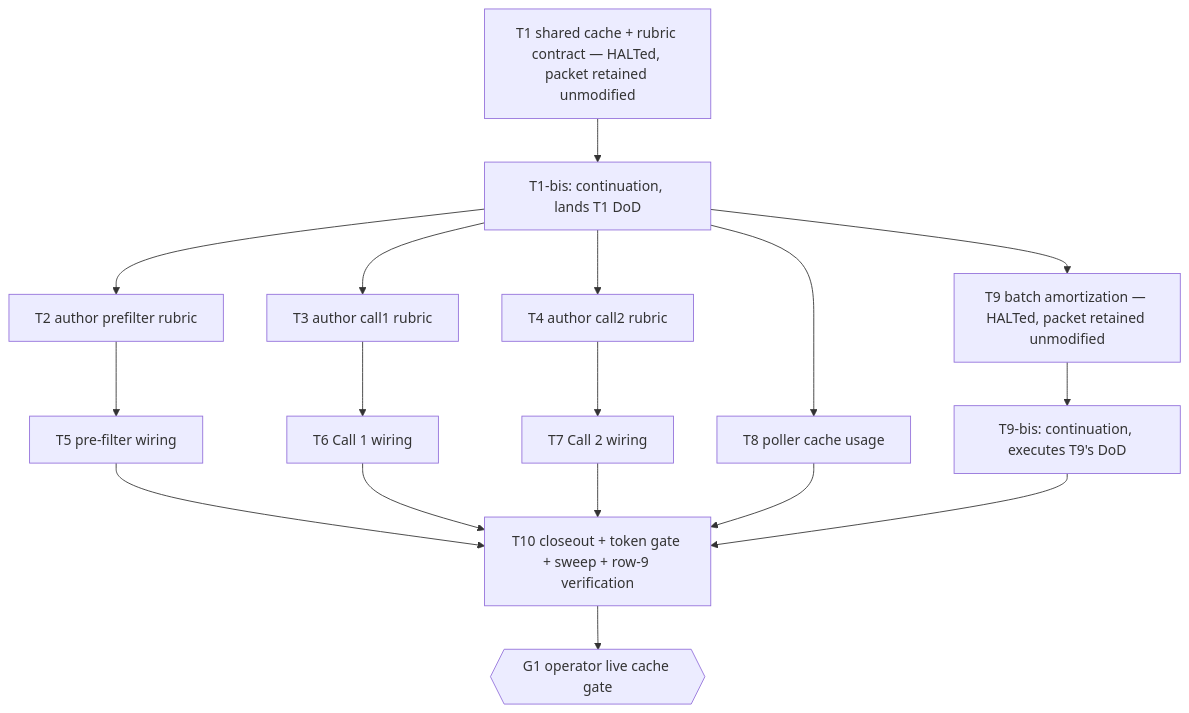
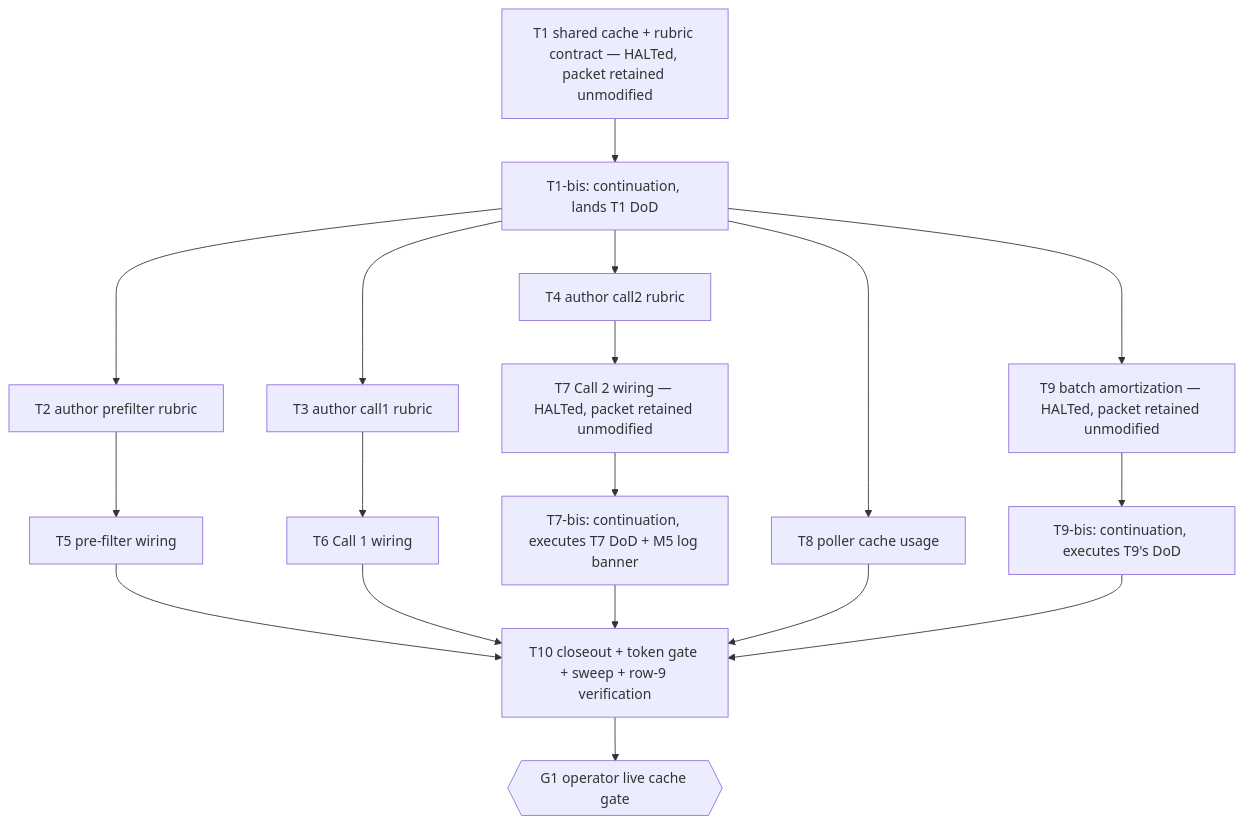
The diagram in .dev/plans/prompt-caching/plan.md (naaas94/BISHOP), drawn with Mermaid before and after one commit. The commit also changed other lines of this file and 12 other files, not shown here.

````diff
--- a/.dev/plans/prompt-caching/plan.md
+++ b/.dev/plans/prompt-caching/plan.md
@@ -197,19 +201,20 @@
 ```mermaid
 graph TD
     T1[T1 shared cache + rubric contract — HALTed, packet retained unmodified] --> T1bis[T1-bis: continuation, lands T1 DoD]
     T1bis --> T2[T2 author prefilter rubric]
     T1bis --> T3[T3 author call1 rubric]
     T1bis --> T4[T4 author call2 rubric]
     T1bis --> T8[T8 poller cache usage]
     T1bis --> T9[T9 batch amortization — HALTed, packet retained unmodified]
     T9 --> T9bis[T9-bis: continuation, executes T9's DoD]
     T2 --> T5[T5 pre-filter wiring]
     T3 --> T6[T6 Call 1 wiring]
-    T4 --> T7[T7 Call 2 wiring]
+    T4 --> T7[T7 Call 2 wiring — HALTed, packet retained unmodified]
+    T7 --> T7bis[T7-bis: continuation, executes T7 DoD + M5 log banner]
     T5 --> T10[T10 closeout + token gate + sweep + row-9 verification]
     T6 --> T10
-    T7 --> T10
+    T7bis --> T10
     T8 --> T10
     T9bis --> T10
     T10 --> G1{{G1 operator live cache gate}}
 ```
````
